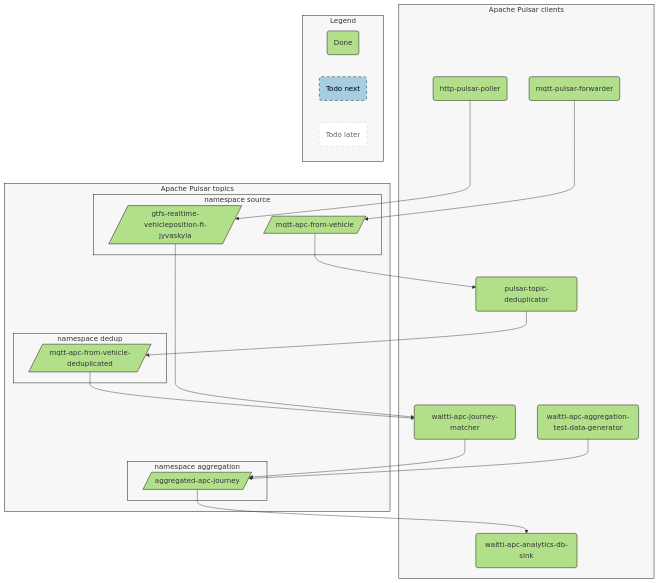
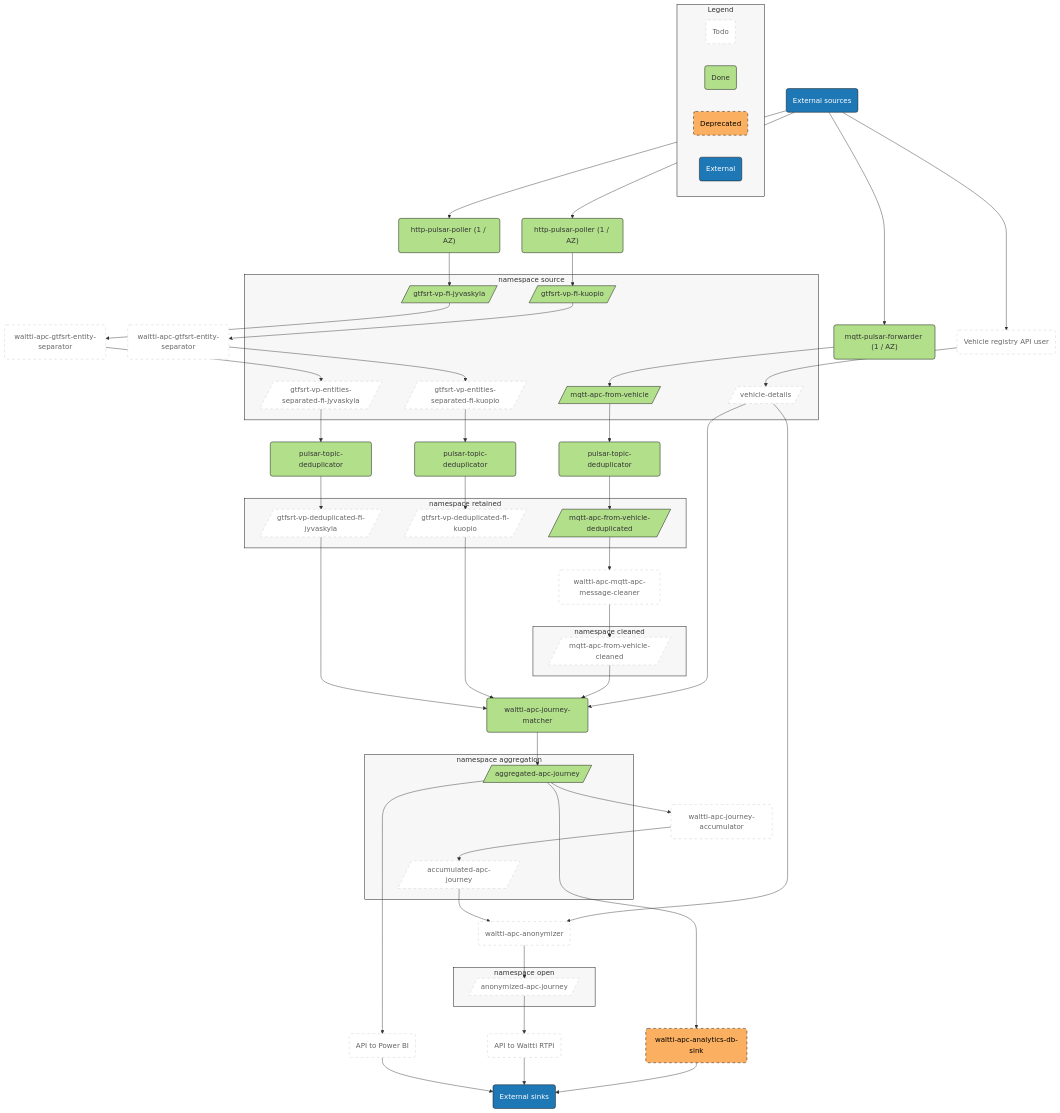
One commit to tvv-lippu-ja-maksujarjestelma-oy/waltti-apc changed the second of 2 diagrams in README.md. Above: the diagram before and after it, drawn with Mermaid. The commit also changed other lines of this file, not shown here.

Commit message:
docs: Describe productized architecture

````diff
--- a/README.md
+++ b/README.md
@@ -102,75 +124,148 @@
 ```mermaid
 flowchart TB
+
   %% Nodes
 
-  subgraph pulsarclients["Apache Pulsar clients"]
-    mqttpulsarforwarder("mqtt-pulsar-forwarder")
-    mqttdeduplicator("pulsar-topic-deduplicator")
-    httppulsarpoller("http-pulsar-poller")
-    matcher("waltti-apc-journey-matcher")
-    testdatagenerator("waltti-apc-aggregation-test-data-generator")
-    dbsink("waltti-apc-analytics-db-sink")
+  accumulator("waltti-apc-journey-accumulator")
+  anonymizer("waltti-apc-anonymizer")
+  apitopowerbi("API to Power BI")
+  apitortpioutput("API to Waltti RTPI")
+  dbsink("waltti-apc-analytics-db-sink")
+  externalsinks("External sinks")
+  externalsources("External sources")
+  gtfsrtentitydeduplicatorfijyvaskyla("pulsar-topic-deduplicator")
+  gtfsrtentitydeduplicatorfikuopio("pulsar-topic-deduplicator")
+  gtfsrtentityseparatorfijyvaskyla("waltti-apc-gtfsrt-entity-separator")
+  gtfsrtentityseparatorfikuopio("waltti-apc-gtfsrt-entity-separator")
+  httppulsarpollerfijyvaskyla("http-pulsar-poller (1 / AZ)")
+  httppulsarpollerfikuopio("http-pulsar-poller (1 / AZ)")
+  matcher("waltti-apc-journey-matcher")
+  mqttapcmessagecleaner("waltti-apc-mqtt-apc-message-cleaner")
+  mqttdeduplicator("pulsar-topic-deduplicator")
+  mqttpulsarforwarder("mqtt-pulsar-forwarder (1 / AZ)")
+  vehicleregistryapiuser("Vehicle registry API user")
+  subgraph nsaggregation["namespace aggregation"]
+    accumulated[/"accumulated-apc-journey"/]
+    aggregated[/"aggregated-apc-journey"/]
   end
-  subgraph pulsartopics["Apache Pulsar topics"]
-    subgraph nssource["namespace source"]
-      mqttraw[/"mqtt-apc-from-vehicle"/]
-      gtfsrtrawjyvaskyla[/"gtfs-realtime-vehicleposition-fi-jyvaskyla"/]
-    end
-    subgraph nsdedup["namespace dedup"]
-      mqttdeduplicated[/"mqtt-apc-from-vehicle-deduplicated"/]
-    end
-    subgraph nsaggregation["namespace aggregation"]
-      aggregated[/"aggregated-apc-journey"/]
-    end
+  subgraph nscleaned["namespace cleaned"]
+    mqttcleaned[/"mqtt-apc-from-vehicle-cleaned"/]
+  end
+  subgraph nsopen["namespace open"]
+    anonymized[/"anonymized-apc-journey"/]
+  end
+  subgraph nsretained["namespace retained"]
+    gtfsrtdeduplicatedfijyvaskyla[/"gtfsrt-vp-deduplicated-fi-jyvaskyla"/]
+    gtfsrtdeduplicatedfikuopio[/"gtfsrt-vp-deduplicated-fi-kuopio"/]
+    mqttdeduplicated[/"mqtt-apc-from-vehicle-deduplicated"/]
+  end
+  subgraph nssource["namespace source"]
+    gtfsrtrawfijyvaskyla[/"gtfsrt-vp-fi-jyvaskyla"/]
+    gtfsrtrawfikuopio[/"gtfsrt-vp-fi-kuopio"/]
+    gtfsrtseparatedfijyvaskyla[/"gtfsrt-vp-entities-separated-fi-jyvaskyla"/]
+    gtfsrtseparatedfikuopio[/"gtfsrt-vp-entities-separated-fi-kuopio"/]
+    mqttraw[/"mqtt-apc-from-vehicle"/]
+    vehicledetails[/"vehicle-details"/]
   end
 
   %% Edges
 
+  accumulated --> anonymizer
+  accumulator --> accumulated
+  aggregated --> accumulator
+  aggregated --> apitopowerbi
+  aggregated --> dbsink
+  anonymized --> apitortpioutput
+  anonymizer --> anonymized
+  apitopowerbi --> externalsinks
+  apitortpioutput --> externalsinks
+  dbsink --> externalsinks
+  externalsources --> httppulsarpollerfijyvaskyla
+  externalsources --> httppulsarpollerfikuopio
+  externalsources --> mqttpulsarforwarder
+  externalsources --> vehicleregistryapiuser
+  gtfsrtdeduplicatedfijyvaskyla --> matcher
+  gtfsrtdeduplicatedfikuopio --> matcher
+  gtfsrtentitydeduplicatorfijyvaskyla --> gtfsrtdeduplicatedfijyvaskyla
+  gtfsrtentitydeduplicatorfikuopio --> gtfsrtdeduplicatedfikuopio
+  gtfsrtentityseparatorfijyvaskyla --> gtfsrtseparatedfijyvaskyla
+  gtfsrtentityseparatorfikuopio --> gtfsrtseparatedfikuopio
+  gtfsrtrawfijyvaskyla --> gtfsrtentityseparatorfijyvaskyla
+  gtfsrtrawfikuopio --> gtfsrtentityseparatorfikuopio
+  gtfsrtseparatedfijyvaskyla --> gtfsrtentitydeduplicatorfijyvaskyla
+  gtfsrtseparatedfikuopio --> gtfsrtentitydeduplicatorfikuopio
+  httppulsarpollerfijyvaskyla --> gtfsrtrawfijyvaskyla
+  httppulsarpollerfikuopio --> gtfsrtrawfikuopio
+  matcher --> aggregated
+  mqttapcmessagecleaner --> mqttcleaned
+  mqttcleaned --> matcher
+  mqttdeduplicated --> mqttapcmessagecleaner
+  mqttdeduplicator --> mqttdeduplicated
   mqttpulsarforwarder --> mqttraw
   mqttraw --> mqttdeduplicator
-  mqttdeduplicator --> mqttdeduplicated
-  httppulsarpoller --> gtfsrtrawjyvaskyla
-  mqttdeduplicated --> matcher
-  gtfsrtrawjyvaskyla --> matcher
-  matcher --> aggregated
-  testdatagenerator --> aggregated
-  aggregated --> dbsink
+  vehicledetails --> anonymizer
+  vehicledetails --> matcher
+  vehicleregistryapiuser --> vehicledetails
 
   %% Styling
 
-  classDef env fill:#f7f7f7,stroke:#000
-  class pulsartopics env
-  class pulsarclients env
-  class nssource env
-  class nsmatch env
-  class nsaggregation env
-  class nsdedup env
+  classDef deprecated fill:#fbaf60,stroke:#000,stroke-width:1px,color:#000,stroke-dasharray: 6 6
+  class dbsink deprecated
 
   classDef done fill:#b2e08a,stroke:#000
+  class aggregated done
+  class gtfsrtentitydeduplicatorfijyvaskyla done
+  class gtfsrtentitydeduplicatorfikuopio done
+  class gtfsrtrawfijyvaskyla done
+  class gtfsrtrawfikuopio done
+  class httppulsarpollerfijyvaskyla done
+  class httppulsarpollerfikuopio done
+  class matcher done
+  class mqttdeduplicated done
+  class mqttdeduplicator done
   class mqttpulsarforwarder done
   class mqttraw done
-  class testdatagenerator done
-  class dbsink done
-  class aggregated done
-  class httppulsarpoller done
-  class mqttdeduplicator done
-  class mqttdeduplicated done
-  class gtfsrtrawjyvaskyla done
-  class matcher done
 
-  classDef later fill:#fff,stroke:#ccc,stroke-width:1px,color:#666,stroke-dasharray: 6 6
+  classDef env fill:#f7f7f7,stroke:#000
+  class nsaggregation env
+  class nscleaned env
+  class nsopen env
+  class nsretained env
+  class nssource env
 
-  classDef next fill:#a5cee3,stroke:#000,stroke-width:1px,color:#000,stroke-dasharray: 6 6
+  classDef external fill:#1f78b6,stroke:#000,color:#fff
+  class externalsinks external
+  class externalsources external
+
+  classDef todo fill:#fff,stroke:#ccc,stroke-width:1px,color:#666,stroke-dasharray: 6 6
+  class accumulated todo
+  class accumulator todo
+  class anonymized todo
+  class anonymizer todo
+  class apitopowerbi todo
+  class apitortpioutput todo
+  class gtfsrtdeduplicatedfijyvaskyla todo
+  class gtfsrtdeduplicatedfikuopio todo
+  class gtfsrtentityseparatorfijyvaskyla todo
+  class gtfsrtentityseparatorfikuopio todo
+  class gtfsrtseparatedfijyvaskyla todo
+  class gtfsrtseparatedfikuopio todo
+  class mqttapcmessagecleaner todo
+  class mqttcleaned todo
+  class vehicledetails todo
+  class vehicleregistryapiuser todo
 
   %% Legend
 
   subgraph legend["Legend"]
+    legendtodo("Todo")
     legenddone("Done")
-    legendnext("Todo next")
-    legendlater("Todo later")
+    legenddeprecated("Deprecated")
+    legendexternal("External")
   end
   class legend env
+  class legenddeprecated deprecated
   class legenddone done
-  class legendnext next
-  class legendlater later
+  class legendexternal external
+  class legendtodo todo
 ```
````
